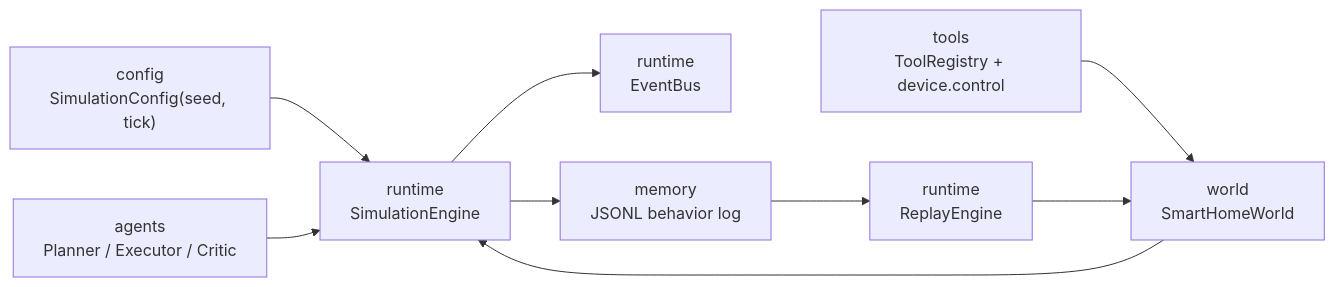
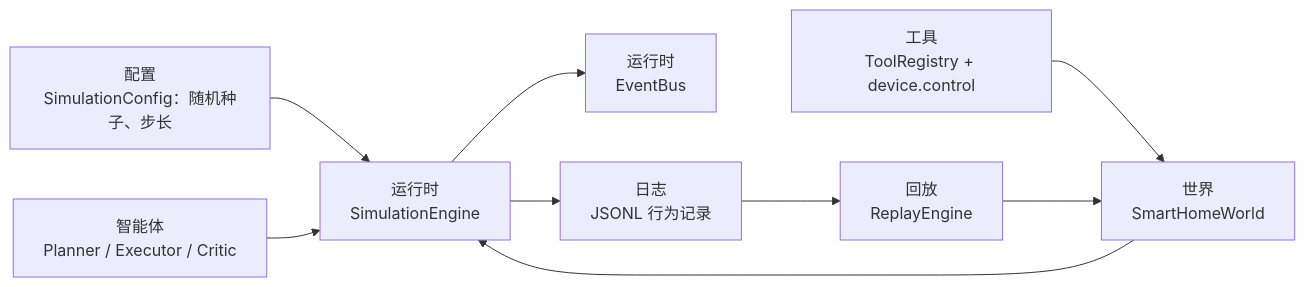
One commit to xiaoshuaiyangbye/llm-smart-home-simulation changed the diagram in docs/research_runtime_architecture.md. Above: the diagram before and after it, drawn with Mermaid. The commit also changed other lines of this file and 25 other files, not shown here.

````diff
--- a/docs/research_runtime_architecture.md
+++ b/docs/research_runtime_architecture.md
@@ -5,11 +5,11 @@
 ```mermaid
 flowchart LR
-    Config["config<br/>SimulationConfig(seed, tick)"] --> Engine["runtime<br/>SimulationEngine"]
-    World["world<br/>SmartHomeWorld"] --> Engine
-    Agents["agents<br/>Planner / Executor / Critic"] --> Engine
-    Tools["tools<br/>ToolRegistry + device.control"] --> World
-    Engine --> Events["runtime<br/>EventBus"]
-    Engine --> Logs["memory<br/>JSONL behavior log"]
-    Logs --> Replay["runtime<br/>ReplayEngine"]
+    Config["配置<br/>SimulationConfig：随机种子、步长"] --> Engine["运行时<br/>SimulationEngine"]
+    World["世界<br/>SmartHomeWorld"] --> Engine
+    Agents["智能体<br/>Planner / Executor / Critic"] --> Engine
+    Tools["工具<br/>ToolRegistry + device.control"] --> World
+    Engine --> Events["运行时<br/>EventBus"]
+    Engine --> Logs["日志<br/>JSONL 行为记录"]
+    Logs --> Replay["回放<br/>ReplayEngine"]
     Replay --> World
 ```
````
